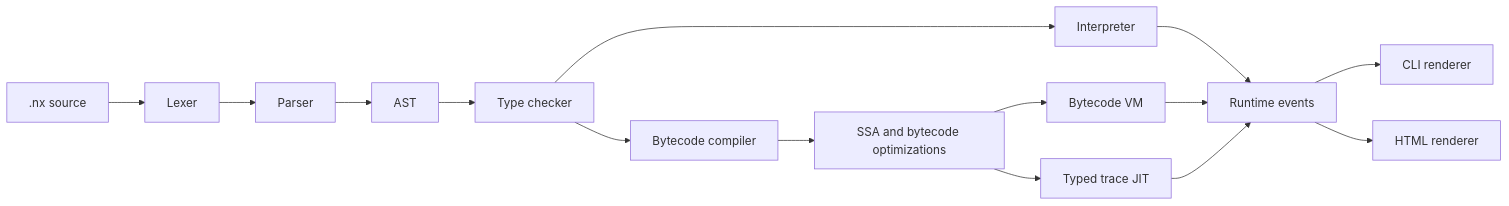
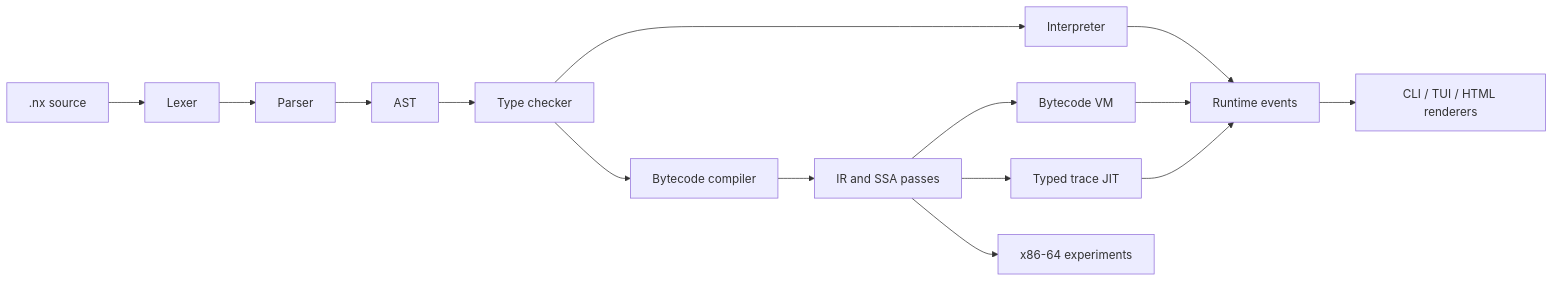
The diagram in README.md (x2t8/Naux), drawn with Mermaid before and after one commit. The commit also changed other lines of this file and 197 other files, not shown here.

````diff
--- a/README.md
+++ b/README.md
@@ -133,17 +107,17 @@
 ```mermaid
 flowchart LR
     SRC[.nx source] --> LEX[Lexer]
     LEX --> PARSE[Parser]
     PARSE --> AST[AST]
     AST --> TC[Type checker]
-    TC --> REF[Interpreter]
+    TC --> INTERP[Interpreter]
     TC --> BC[Bytecode compiler]
-    BC --> OPT[SSA and bytecode optimizations]
+    BC --> OPT[IR and SSA passes]
     OPT --> VM[Bytecode VM]
     OPT --> JIT[Typed trace JIT]
-    REF --> EVENTS[Runtime events]
+    OPT --> NATIVE[x86-64 experiments]
+    INTERP --> EVENTS[Runtime events]
     VM --> EVENTS
     JIT --> EVENTS
-    EVENTS --> CLI[CLI renderer]
-    EVENTS --> HTML[HTML renderer]
+    EVENTS --> CLI[CLI / TUI / HTML renderers]
 ```
````
